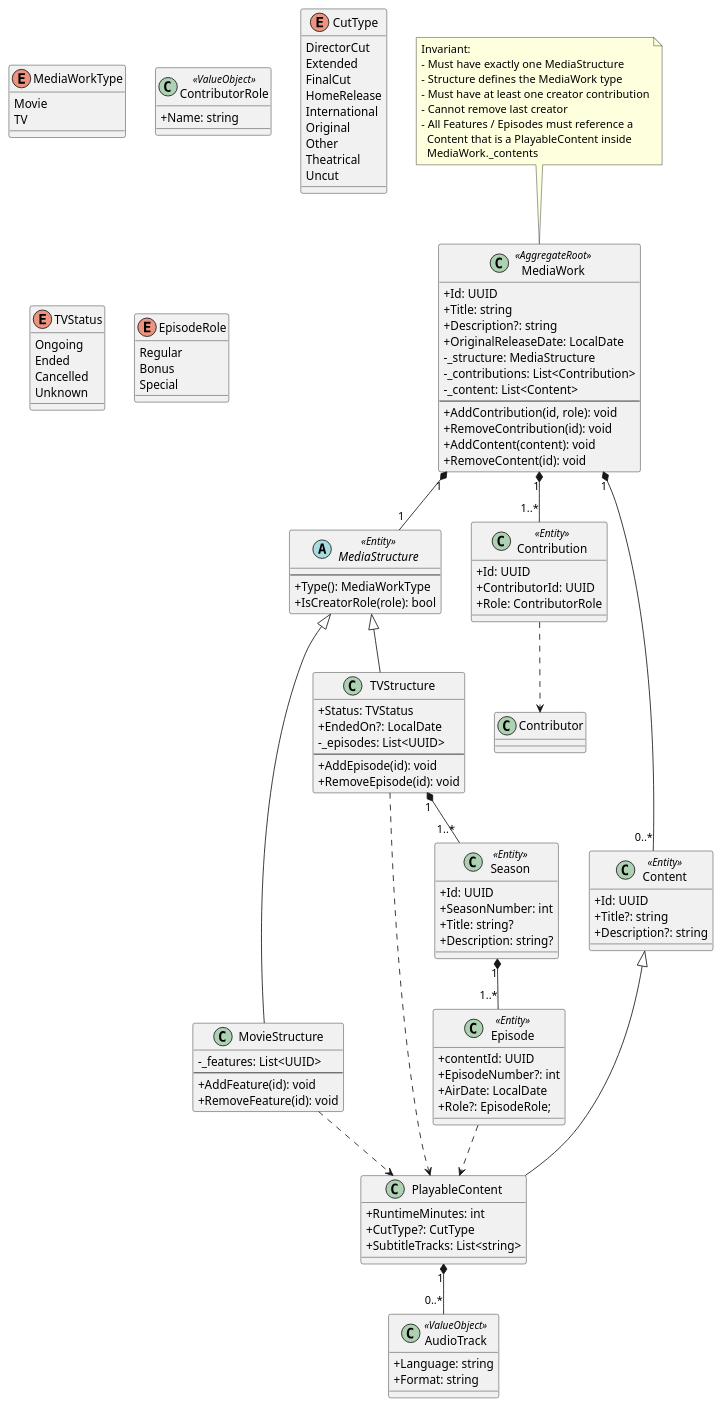
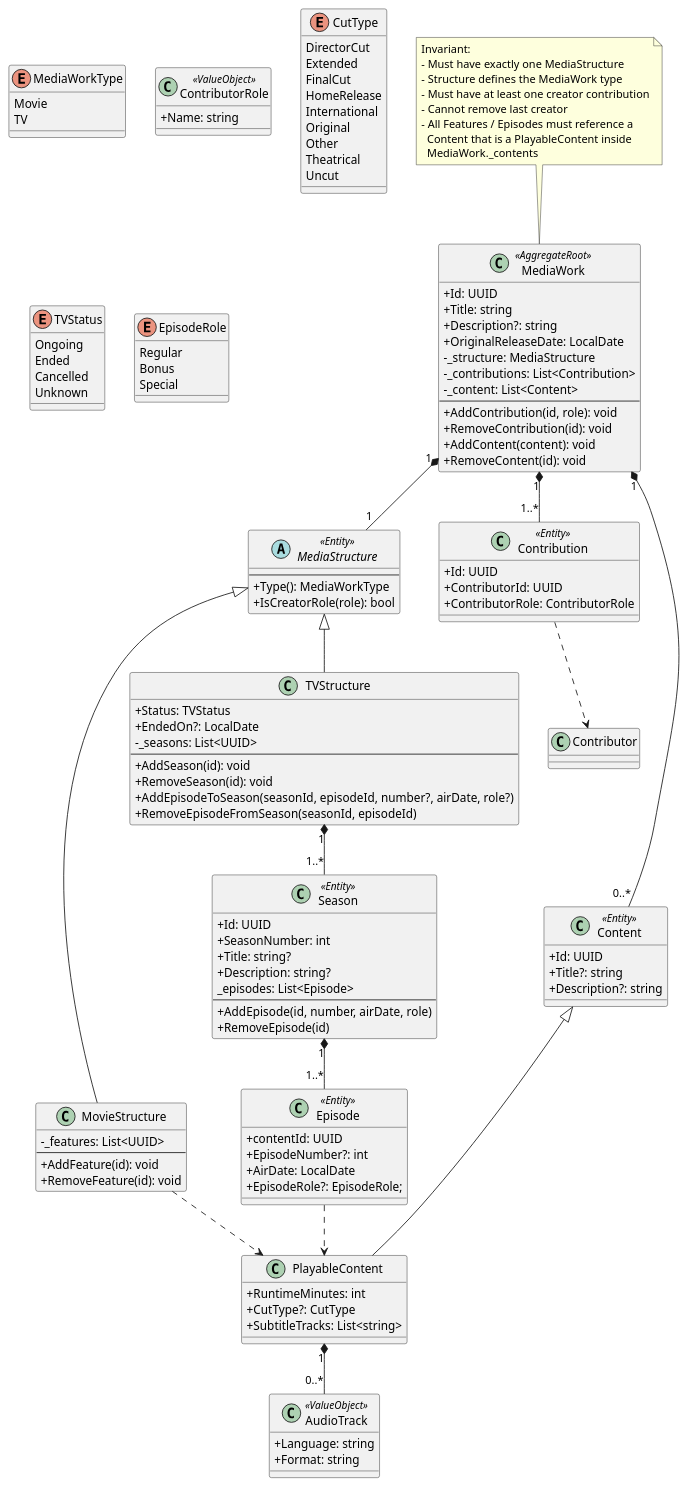
One commit to yantue/colleq changed the diagram in docs/uml/domain/domain-media-work.puml. Above: the diagram before and after it, drawn with PlantUML. The commit also changed 1 other file, not shown here.

Commit message:
docs: Update episode ownership for TVStructure/Season + Update typed attribute names to be more explicit

```diff
--- a/docs/uml/domain/domain-media-work.puml
+++ b/docs/uml/domain/domain-media-work.puml
@@ -1,152 +1,157 @@
 @startuml
 skinparam classAttributeIconSize 0
 
 ' ===== CORE =====
 class MediaWork <<AggregateRoot>> {
     +Id: UUID
     +Title: string
     +Description?: string
     +OriginalReleaseDate: LocalDate
     -_structure: MediaStructure
     -_contributions: List<Contribution>
     -_content: List<Content>
     --
     +AddContribution(id, role): void
     +RemoveContribution(id): void
     +AddContent(content): void
     +RemoveContent(id): void
 }
 
 note top of MediaWork
 Invariant:
 - Must have exactly one MediaStructure
 - Structure defines the MediaWork type
 - Must have at least one creator contribution
 - Cannot remove last creator
 - All Features / Episodes must reference a
   Content that is a PlayableContent inside
   MediaWork._contents
 end note
 
 abstract class MediaStructure <<Entity>> {
     --
     +Type(): MediaWorkType
     +IsCreatorRole(role): bool
 }
 
 MediaWork "1" *-- "1" MediaStructure
 
 enum MediaWorkType {
     Movie
     TV
 }
 
 ' ===== CONTRIBUTIONS =====
 class Contribution <<Entity>> {
     +Id: UUID
     +ContributorId: UUID
-    +Role: ContributorRole
+    +ContributorRole: ContributorRole
 }
 
 class ContributorRole <<ValueObject>> {
     +Name: string
 }
 
 MediaWork "1" *-- "1..*" Contribution
 
 ' ===== CONTENT =====
 class Content <<Entity>> {
     +Id: UUID
     +Title?: string
     +Description?: string
 }
 
 MediaWork "1" *-- "0..*" Content
 
 class PlayableContent {
     +RuntimeMinutes: int
     +CutType?: CutType
     +SubtitleTracks: List<string>
 }
 
 enum CutType {
     DirectorCut
     Extended
     FinalCut
     HomeRelease
     International
     Original
     Other
     Theatrical
     Uncut
 }
 
 Content <|-- PlayableContent
 
 class AudioTrack <<ValueObject>> {
     +Language: string
     +Format: string
 }
 
 PlayableContent "1" *-- "0..*" AudioTrack
 
 ' ===== MOVIE =====
 class MovieStructure {
     -_features: List<UUID>
     --
     +AddFeature(id): void
     +RemoveFeature(id): void
 }
 
 MediaStructure <|-- MovieStructure
 MovieStructure ..> PlayableContent
 
 ' ===== TV =====
 class TVStructure {
     +Status: TVStatus
     +EndedOn?: LocalDate
-    -_episodes: List<UUID>
+    -_seasons: List<UUID>
     --
-    +AddEpisode(id): void
-    +RemoveEpisode(id): void
+    +AddSeason(id): void
+    +RemoveSeason(id): void
+    +AddEpisodeToSeason(seasonId, episodeId, number?, airDate, role?)
+    +RemoveEpisodeFromSeason(seasonId, episodeId)
 }
 
 MediaStructure <|-- TVStructure
-TVStructure ..> PlayableContent
 
 enum TVStatus {
     Ongoing
     Ended
     Cancelled
     Unknown
 }
 
 class Season <<Entity>> {
     +Id: UUID
     +SeasonNumber: int
     +Title: string?
     +Description: string?
+    _episodes: List<Episode>
+    --
+    +AddEpisode(id, number, airDate, role)
+    +RemoveEpisode(id)
 }
 
 TVStructure "1" *-- "1..*" Season
 
 class Episode <<Entity>> {
     +contentId: UUID
     +EpisodeNumber?: int
     +AirDate: LocalDate
-    +Role?: EpisodeRole;
+    +EpisodeRole?: EpisodeRole;
 }
 
 Season "1" *-- "1..*" Episode
 Episode ..> PlayableContent
 
 enum EpisodeRole {
     Regular
     Bonus
     Special
 }
 
 ' ===== CROSS-AGGREGATE REFERENCE =====
 Contribution ..> Contributor
 
 @enduml
```
